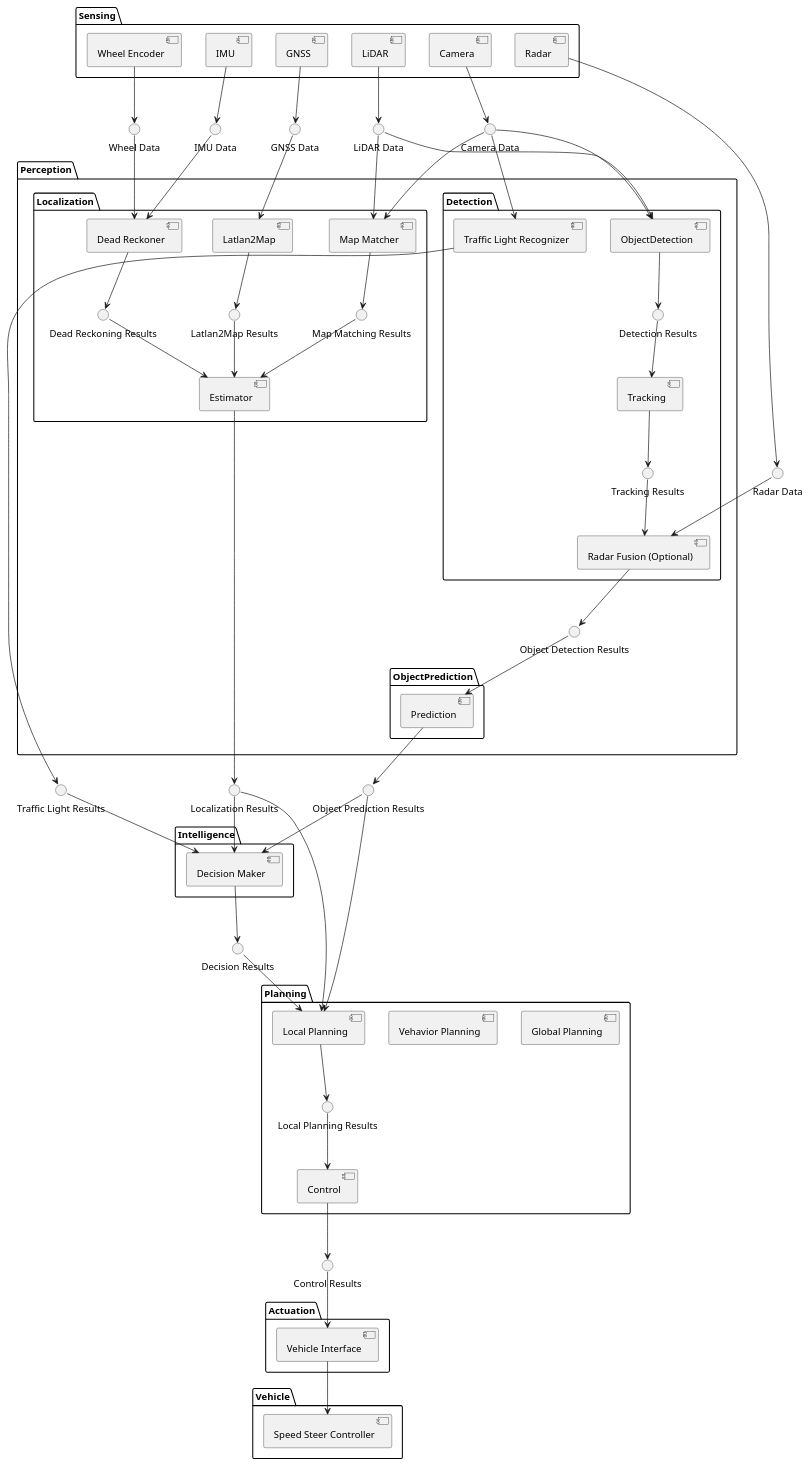
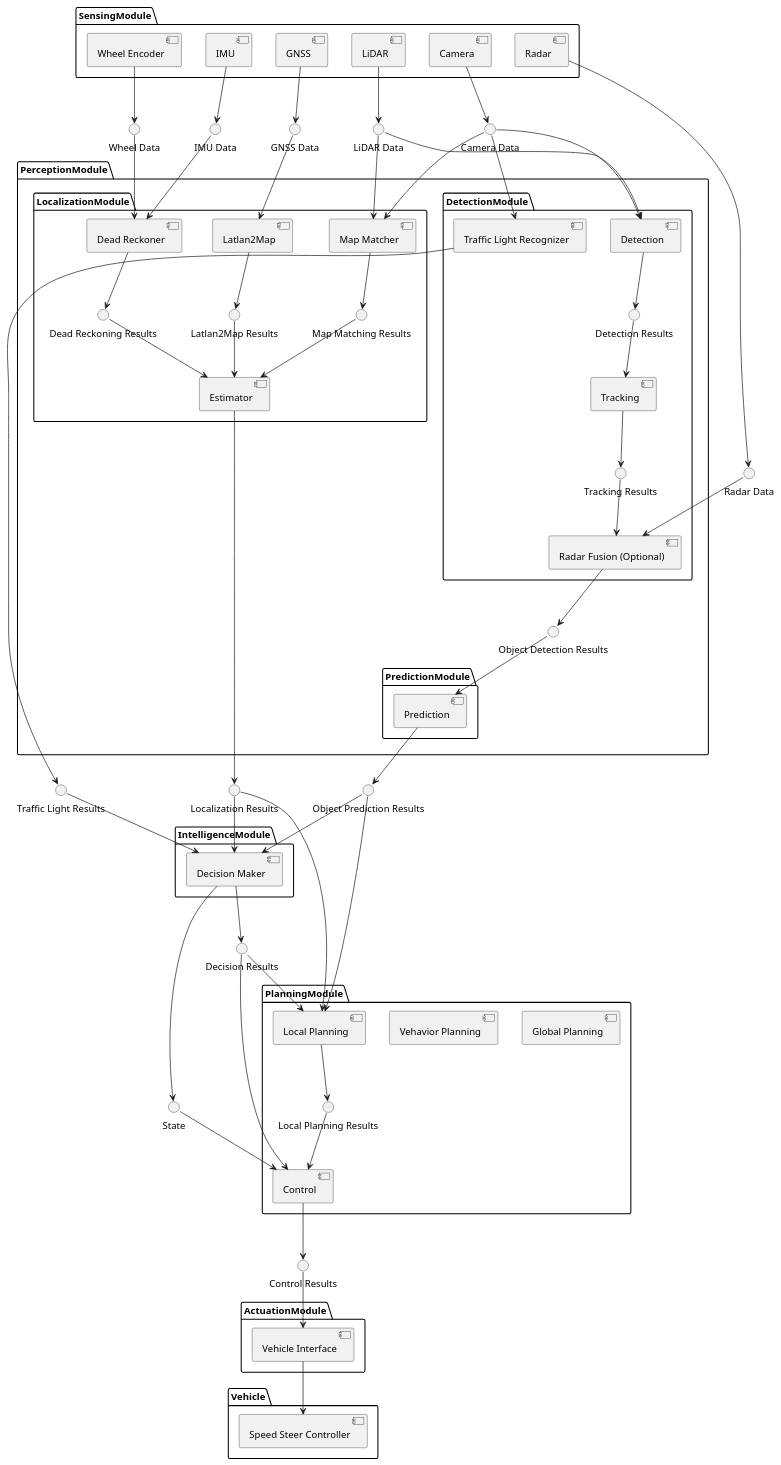
The diagram in docs/architecture/TopLevelComponents.pu (beenfhb/autoware), drawn with PlantUML before and after one commit.

```diff
--- a/docs/architecture/TopLevelComponents.pu
+++ b/docs/architecture/TopLevelComponents.pu
@@ -1,131 +1,135 @@
 () "LiDAR Data" as lidar_data
 () "Camera Data" as camera_data
 () "GNSS Data" as gnss_data
 () "Wheel Data" as wheel_data
 () "IMU Data" as imu_data
 () "Radar Data" as radar_data
 
-folder Sensing {
+folder SensingModule {
     [LiDAR]
     LiDAR --> lidar_data
 
     [Camera]
     Camera --> camera_data
 
     [GNSS]
     GNSS --> gnss_data
 
     [Wheel Encoder] as wheel_encoder
     wheel_encoder --> wheel_data
 
     [IMU]
     IMU --> imu_data
 
     [Radar]
     Radar --> radar_data
 }
 
 () "Traffic Light Results" as traffic_light_results
 () "Localization Results" as localization_results
 () "Object Prediction Results" as object_prediction_results
 
-folder Perception {
+folder PerceptionModule {
 
 () "Object Detection Results" as object_detection_results
 
-folder Detection {
+folder DetectionModule {
     () "Detection Results" as detection_results
     () "Tracking Results" as tracking_results
 
-    [ObjectDetection]
-    lidar_data --> ObjectDetection
-    camera_data --> ObjectDetection
-    ObjectDetection --> detection_results
+    [Detection]
+    lidar_data --> Detection
+    camera_data --> Detection
+    Detection --> detection_results
 
     [Tracking]
     detection_results --> Tracking
     Tracking --> tracking_results
 
     [Radar Fusion (Optional)] as radar_fusion
     tracking_results --> radar_fusion
     radar_data --> radar_fusion
     radar_fusion --> object_detection_results
 
     [Traffic Light Recognizer] as traffic_light_recognizer
     camera_data --> traffic_light_recognizer
     traffic_light_recognizer --> traffic_light_results
 }
 
-folder ObjectPrediction {
+folder PredictionModule {
     [Prediction]
     object_detection_results --> Prediction
     Prediction --> object_prediction_results
 }
 
-folder Localization {
+folder LocalizationModule {
     () "Latlan2Map Results" as latlan2map_results
     () "Dead Reckoning Results" as dead_reckoning_results
     () "Map Matching Results" as map_matching_results
 
     [Latlan2Map]
     gnss_data --> Latlan2Map
     Latlan2Map --> latlan2map_results
 
     [Dead Reckoner] as dead_reckoner
     wheel_data --> dead_reckoner
     imu_data --> dead_reckoner
     dead_reckoner --> dead_reckoning_results
 
     [Map Matcher] as map_matcher
     lidar_data --> map_matcher
     camera_data --> map_matcher
     map_matcher --> map_matching_results
 
     [Estimator]
     dead_reckoning_results --> Estimator
     latlan2map_results --> Estimator
     map_matching_results --> Estimator
     Estimator --> localization_results
 }
 
 }
 
 () "Decision Results" as decision_results
+() "State" as state
 
-folder Intelligence {
+folder IntelligenceModule {
     [Decision Maker] as decision_maker
     object_prediction_results --> decision_maker
     traffic_light_results --> decision_maker
     localization_results --> decision_maker
     decision_maker --> decision_results
+    decision_maker --> state
 }
 
 () "Control Results" as control_results
 
-folder Planning {
+folder PlanningModule {
     () "Local Planning Results" as local_planning_results
 
     [Global Planning] as global_planning
 
     [Vehavior Planning] as behavior_planning
 
     [Local Planning] as local_planning
     decision_results --> local_planning
     object_prediction_results --> local_planning
     localization_results --> local_planning
     local_planning --> local_planning_results
 
     [Control]
     local_planning_results --> Control
+    decision_results --> Control
+    state --> Control
     Control --> control_results
 }
 
-folder Actuation {
+folder ActuationModule {
     [Vehicle Interface] as vehicle_interface
     control_results --> vehicle_interface
 }
 
 folder Vehicle {
     [Speed Steer Controller] as speed_steer_controller
     vehicle_interface --> speed_steer_controller
 }
```
